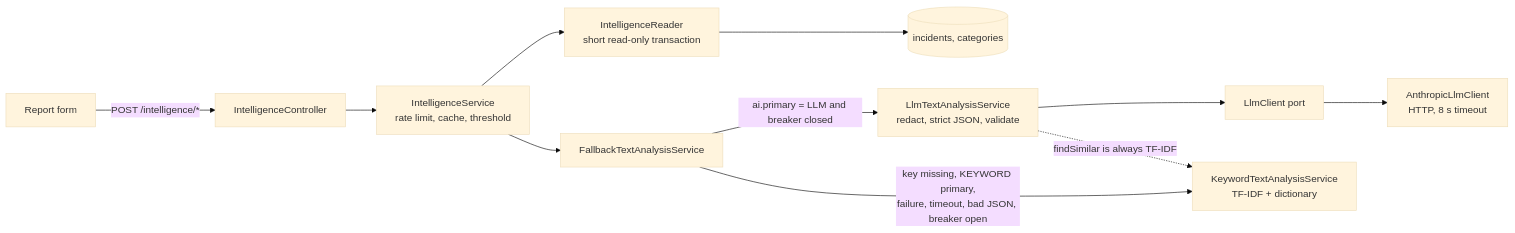
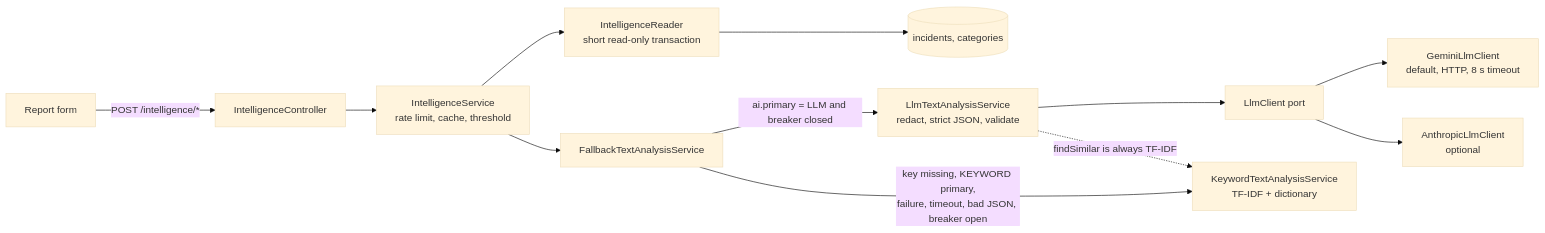
Before and after one commit to sanay7-devv/Frusk-OOPs-Project: diagram 25 of 40 in backend/docs/SYSTEM_GUIDE.md, drawn with Mermaid (base theme). The commit also changed other lines of this file and 8 other files, not shown here.

First line of the commit message:
feat: Google Gemini adapter as the default LLM provider (DEC-111)

````diff
--- a/backend/docs/SYSTEM_GUIDE.md
+++ b/backend/docs/SYSTEM_GUIDE.md
@@ -1579,13 +1580,14 @@
 ```mermaid
 flowchart LR
     UI[Report form] -->|POST /intelligence/*| C[IntelligenceController]
     C --> S[IntelligenceService<br/>rate limit, cache, threshold]
     S --> R[IntelligenceReader<br/>short read-only transaction]
     R --> DB[(incidents, categories)]
     S --> F[FallbackTextAnalysisService]
     F -->|ai.primary = LLM and breaker closed| L[LlmTextAnalysisService<br/>redact, strict JSON, validate]
     L --> P[LlmClient port]
-    P --> A[AnthropicLlmClient<br/>HTTP, 8 s timeout]
+    P --> G[GeminiLlmClient<br/>default, HTTP, 8 s timeout]
+    P --> A[AnthropicLlmClient<br/>optional]
     F -->|key missing, KEYWORD primary,<br/>failure, timeout, bad JSON, breaker open| K[KeywordTextAnalysisService<br/>TF-IDF + dictionary]
     L -.->|findSimilar is always TF-IDF| K
 ```
````
